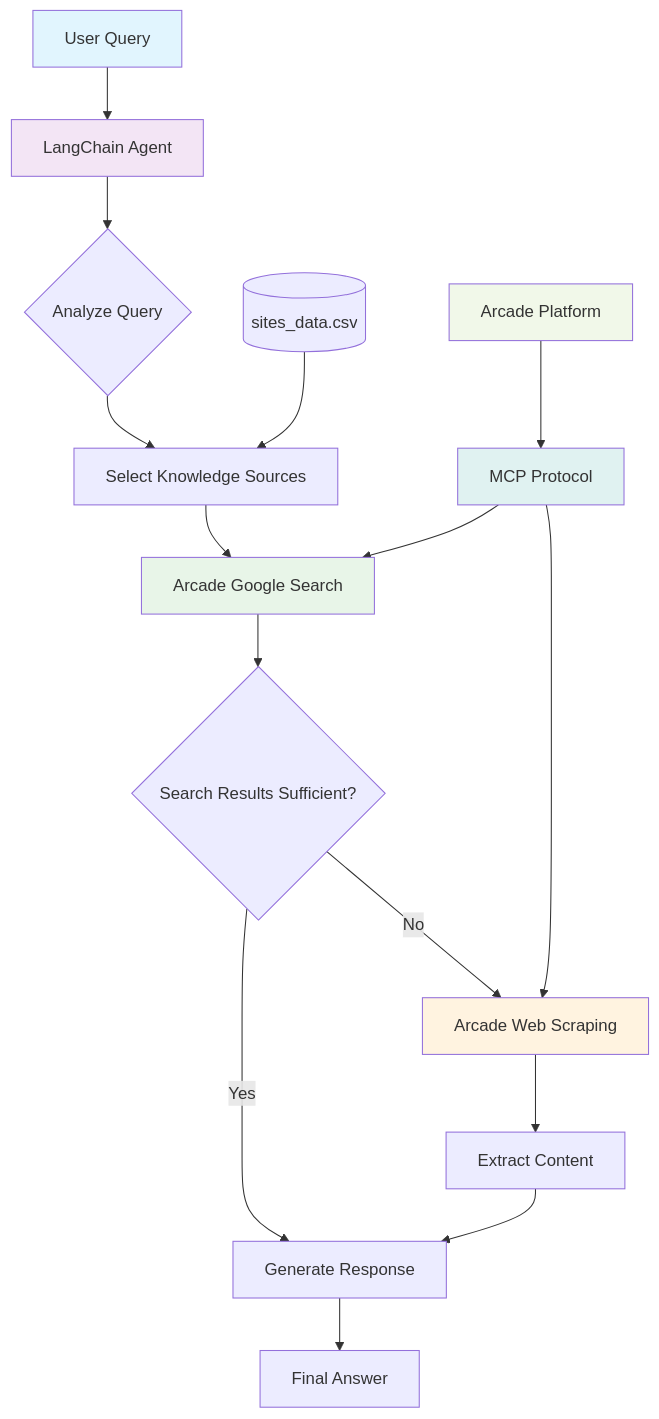
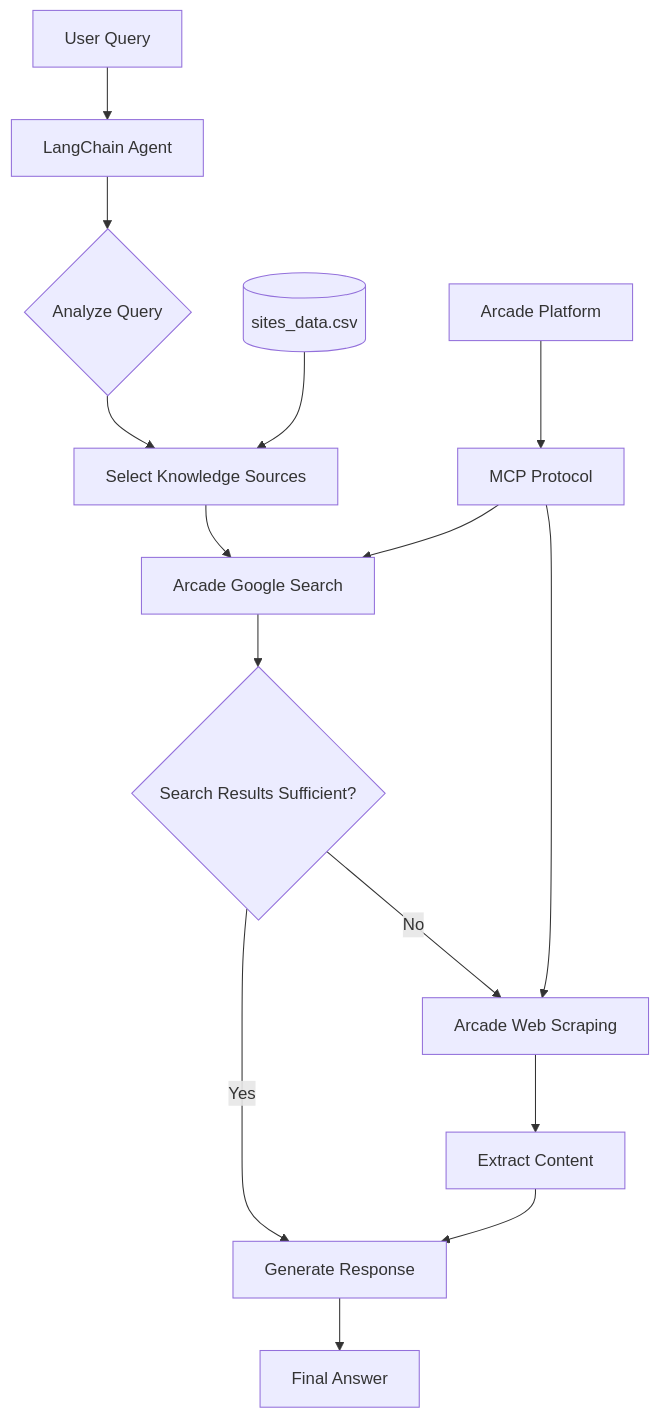
One commit to javiramos1/qagent-mcp-tools changed the diagram in README.md. Above: the diagram before and after it, drawn with Mermaid.

Commit message:
small fixes

````diff
--- a/README.md
+++ b/README.md
@@ -185,27 +185,21 @@
 ```mermaid
 graph TD
     A[User Query] --> B[LangChain Agent]
     B --> C{Analyze Query}
     C --> D[Select Knowledge Sources]
     
     D --> E[Arcade Google Search]
     E --> F{Search Results Sufficient?}
     
     F -->|Yes| G[Generate Response]
     F -->|No| H[Arcade Web Scraping]
     H --> I[Extract Content]
     I --> G
     
     G --> J[Final Answer]
     
     K[(sites_data.csv)] --> D
     L[MCP Protocol] --> E & H
     M[Arcade Platform] --> L
     
-    style A fill:#e1f5fe
-    style B fill:#f3e5f5
-    style E fill:#e8f5e8
-    style H fill:#fff3e0
-    style L fill:#e0f2f1
-    style M fill:#f1f8e9
 ```
````
